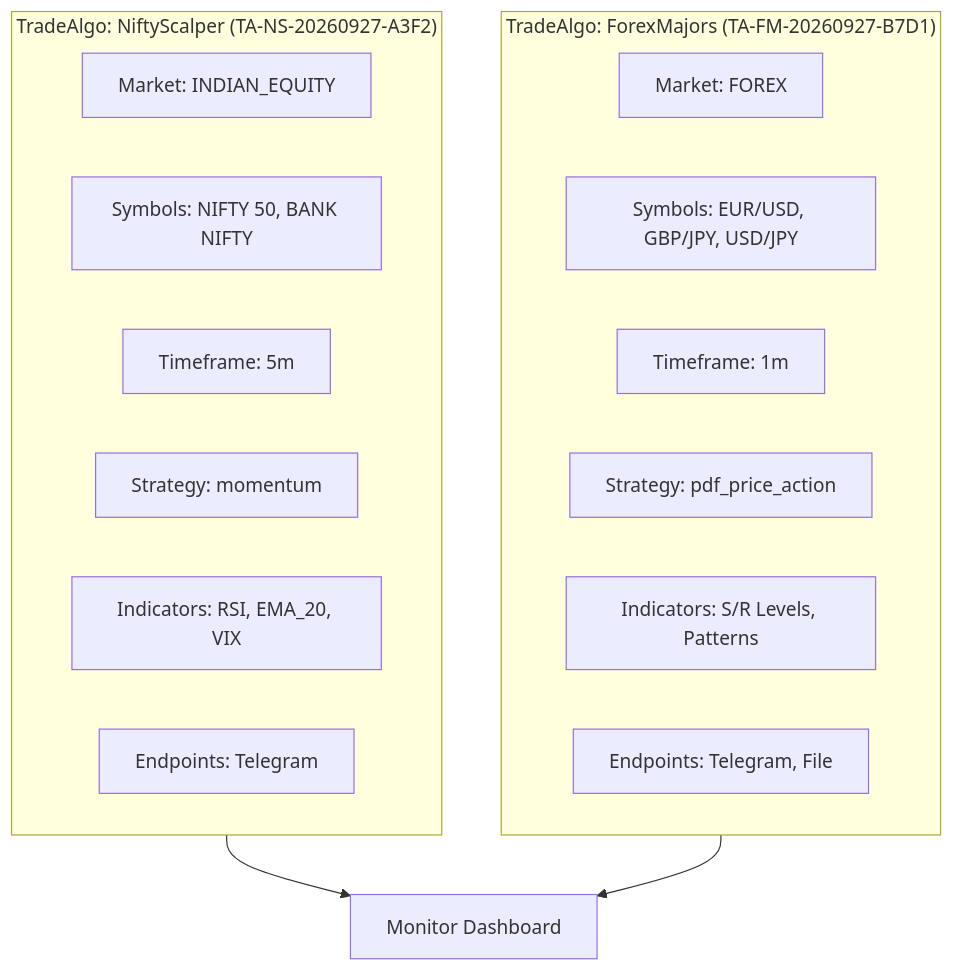
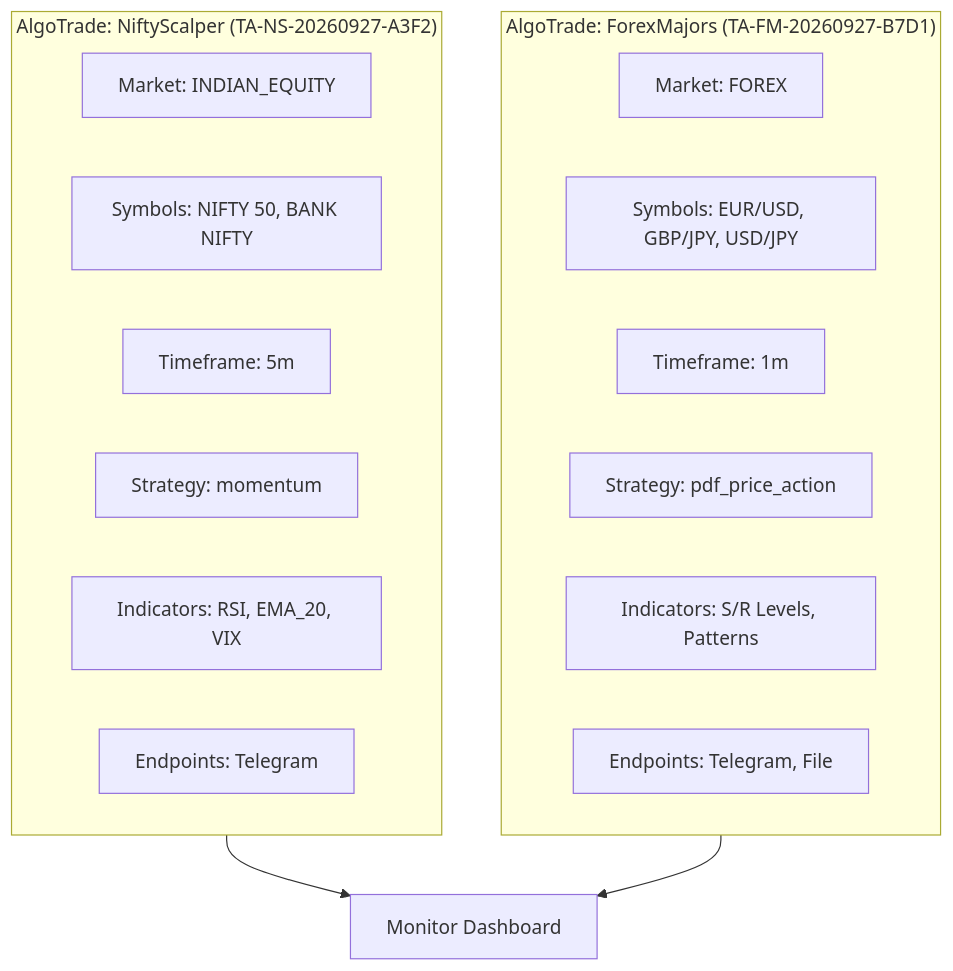
The third of 3 diagrams in documentation/TXBOT_REQUIREMENTS_V2.md (RajatChouhan18/tradingbot), drawn with Mermaid before and after one commit. The commit also changed other lines of this file and 180 other files, not shown here.

````diff
--- a/documentation/TXBOT_REQUIREMENTS_V2.md
+++ b/documentation/TXBOT_REQUIREMENTS_V2.md
@@ -271,23 +271,23 @@
 ```mermaid
 flowchart TD
-    subgraph TA1["TradeAlgo: NiftyScalper (TA-NS-20260927-A3F2)"]
+    subgraph TA1["AlgoTrade: NiftyScalper (TA-NS-20260927-A3F2)"]
         C1["Market: INDIAN_EQUITY"]
         C2["Symbols: NIFTY 50, BANK NIFTY"]
         C3["Timeframe: 5m"]
         C4["Strategy: momentum"]
         C5["Indicators: RSI, EMA_20, VIX"]
         C6["Endpoints: Telegram"]
     end
 
-    subgraph TA2["TradeAlgo: ForexMajors (TA-FM-20260927-B7D1)"]
+    subgraph TA2["AlgoTrade: ForexMajors (TA-FM-20260927-B7D1)"]
         D1["Market: FOREX"]
         D2["Symbols: EUR/USD, GBP/JPY, USD/JPY"]
         D3["Timeframe: 1m"]
         D4["Strategy: pdf_price_action"]
         D5["Indicators: S/R Levels, Patterns"]
         D6["Endpoints: Telegram, File"]
     end
 
     TA1 --> MON["Monitor Dashboard"]
     TA2 --> MON
 ```
````
